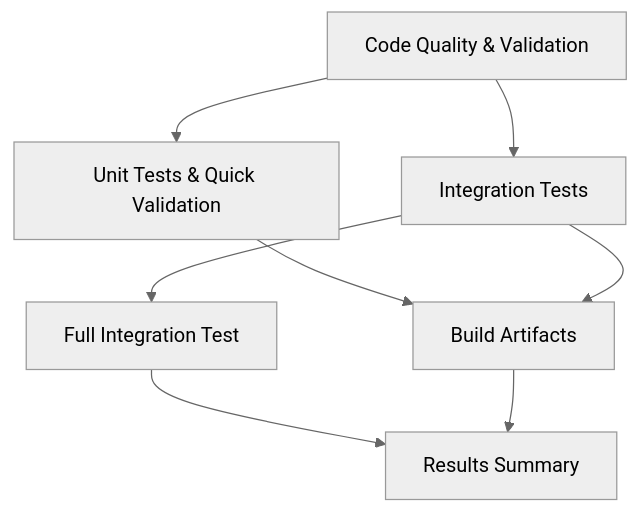
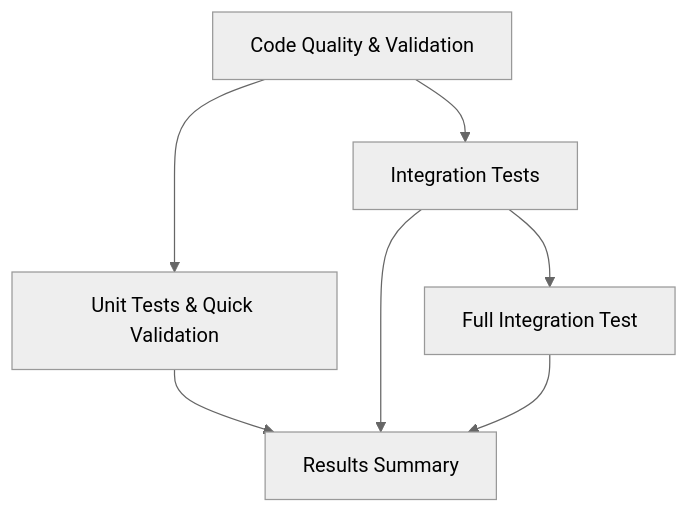
One commit to sylvester-francis/n8n-selfhoster changed the diagram in docs/cicd.md. Above: the diagram before and after it, drawn with Mermaid (neutral theme). The commit also changed other lines of this file and 1 other file, not shown here.

````diff
--- a/docs/cicd.md
+++ b/docs/cicd.md
@@ -11,10 +11,9 @@
 ```mermaid
 graph TD
     A[Code Quality & Validation] --> B[Unit Tests & Quick Validation]
     A --> C[Integration Tests]
     C --> D[Full Integration Test]
-    B --> E[Build Artifacts]
+    B --> E[Results Summary]
     C --> E
-    D --> F[Results Summary]
-    E --> F
+    D --> E
 ```
````
